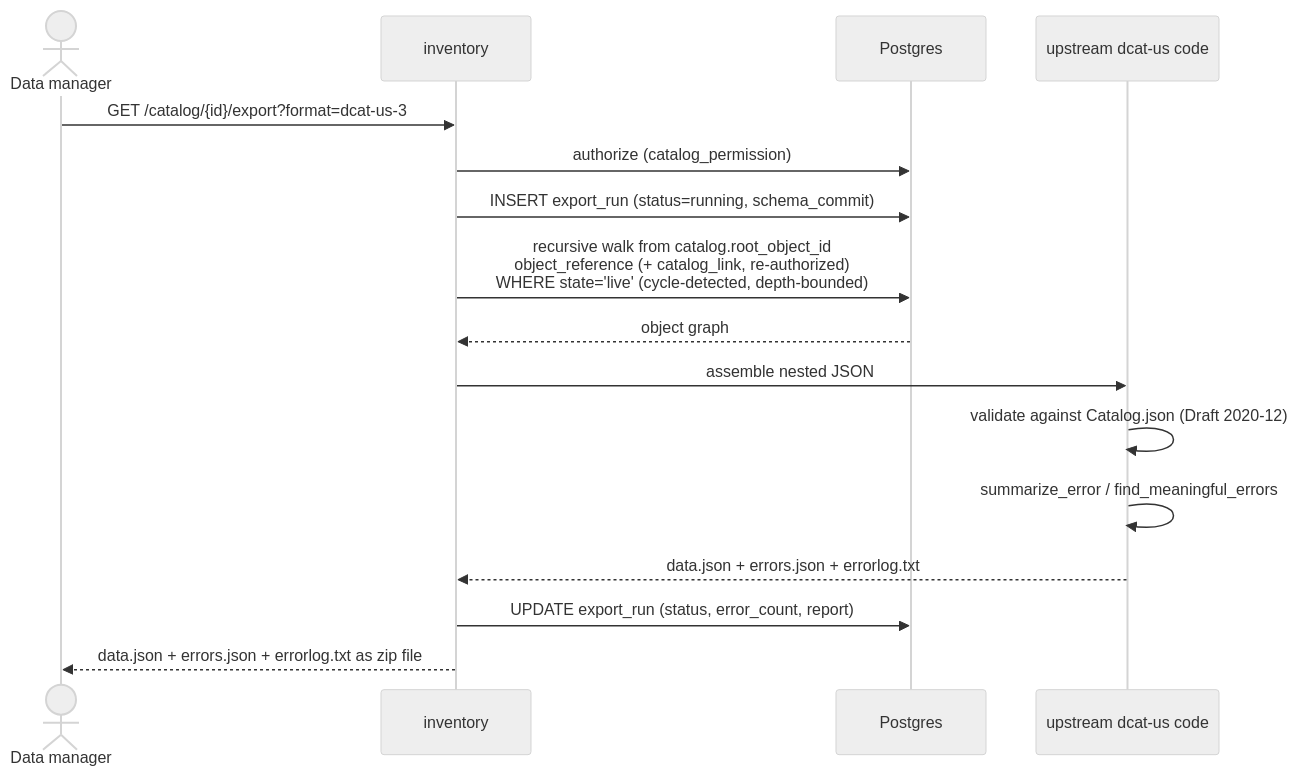
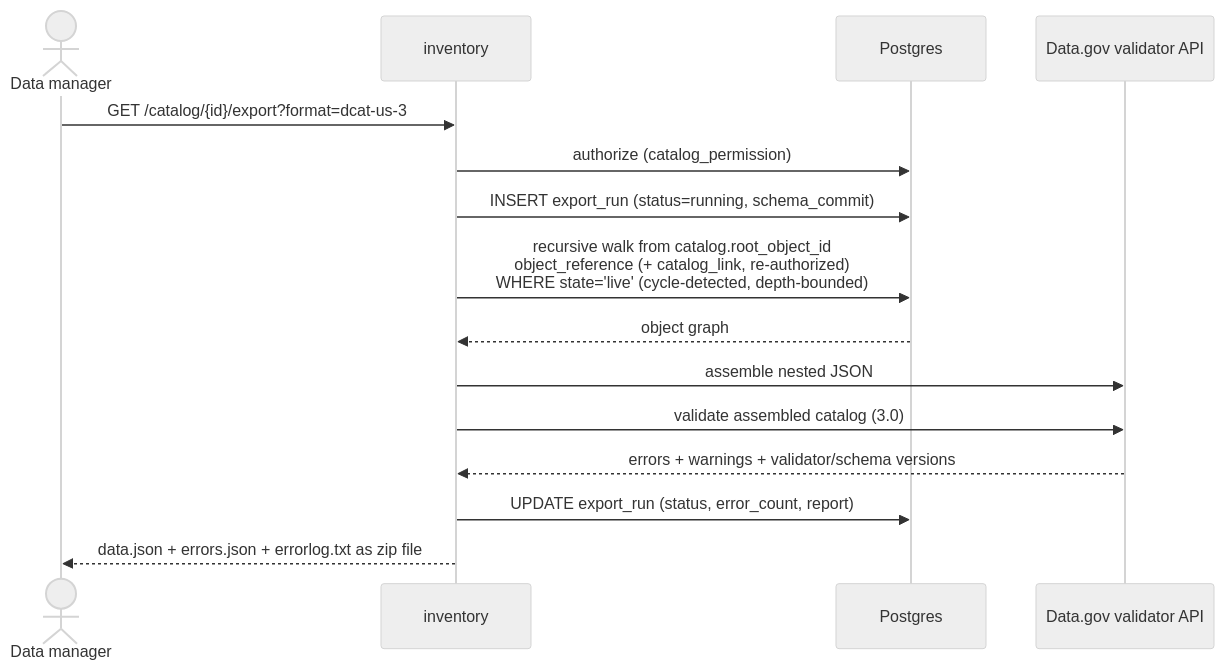
Before and after one commit to GSA/datagov-inventory: the fourth of 8 diagrams in docs/architecture.md, drawn with Mermaid (neutral theme). The commit also changed other lines of this file and 7 other files, not shown here.

Commit message:
Update 0010 (and other cascading effects) to use data.gov validator with warnings instead of replicating.

````diff
--- a/docs/architecture.md
+++ b/docs/architecture.md
@@ -394,19 +394,18 @@
 ```mermaid
 sequenceDiagram
     actor U as Data manager
     participant W as inventory
     participant DB as Postgres
-    participant V as upstream dcat-us code
+    participant V as Data.gov validator API
 
     U->>W: GET /catalog/{id}/export?format=dcat-us-3
     W->>DB: authorize (catalog_permission)
     W->>DB: INSERT export_run (status=running, schema_commit)
     W->>DB: recursive walk from catalog.root_object_id<br/>object_reference (+ catalog_link, re-authorized)<br/>WHERE state='live' (cycle-detected, depth-bounded)
     DB-->>W: object graph
     W->>V: assemble nested JSON
-    V->>V: validate against Catalog.json (Draft 2020-12)
-    V->>V: summarize_error / find_meaningful_errors
-    V-->>W: data.json + errors.json + errorlog.txt
+    W->>V: validate assembled catalog (3.0)
+    V-->>W: errors + warnings + validator/schema versions
     W->>DB: UPDATE export_run (status, error_count, report)
     W-->>U: data.json + errors.json + errorlog.txt as zip file
 ```
````
